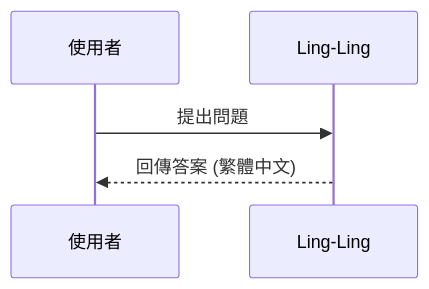
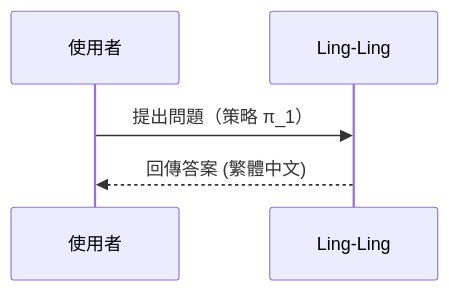
One commit to stevenlee/ling-ling changed the second of 2 diagrams in lings-desktop/Templates/Prompts/mermaid_rules.md. Above: the diagram before and after it, drawn with Mermaid. The commit also changed other lines of this file and 4 other files, not shown here.

````diff
--- a/lings-desktop/Templates/Prompts/mermaid_rules.md
+++ b/lings-desktop/Templates/Prompts/mermaid_rules.md
@@ -44,7 +76,7 @@
 ```mermaid
 sequenceDiagram
     participant User as 使用者
     participant LLM as Ling-Ling
-    User->>LLM: 提出問題
+    User->>LLM: 提出問題（策略 π_1）
     LLM-->>User: 回傳答案 (繁體中文)
 ```
````
